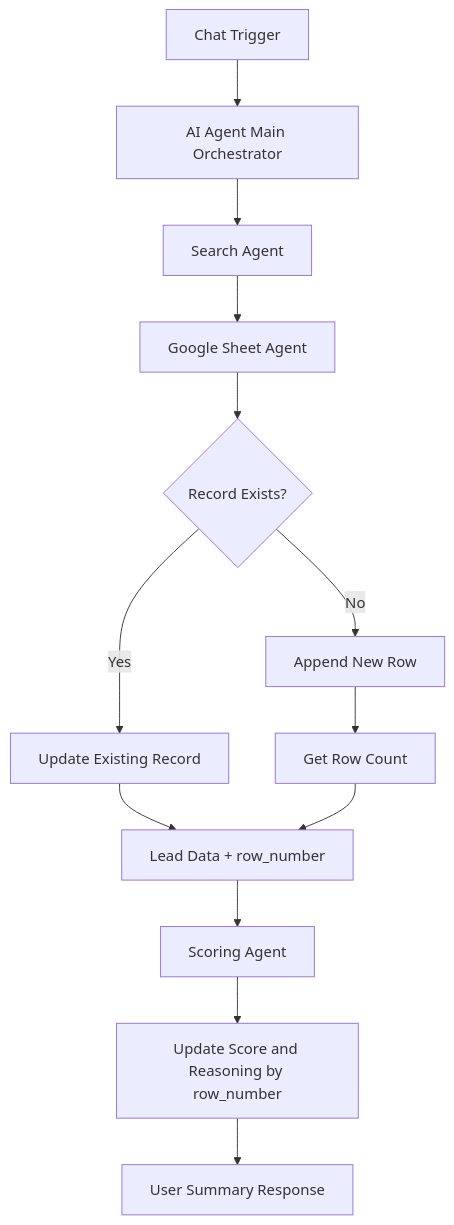
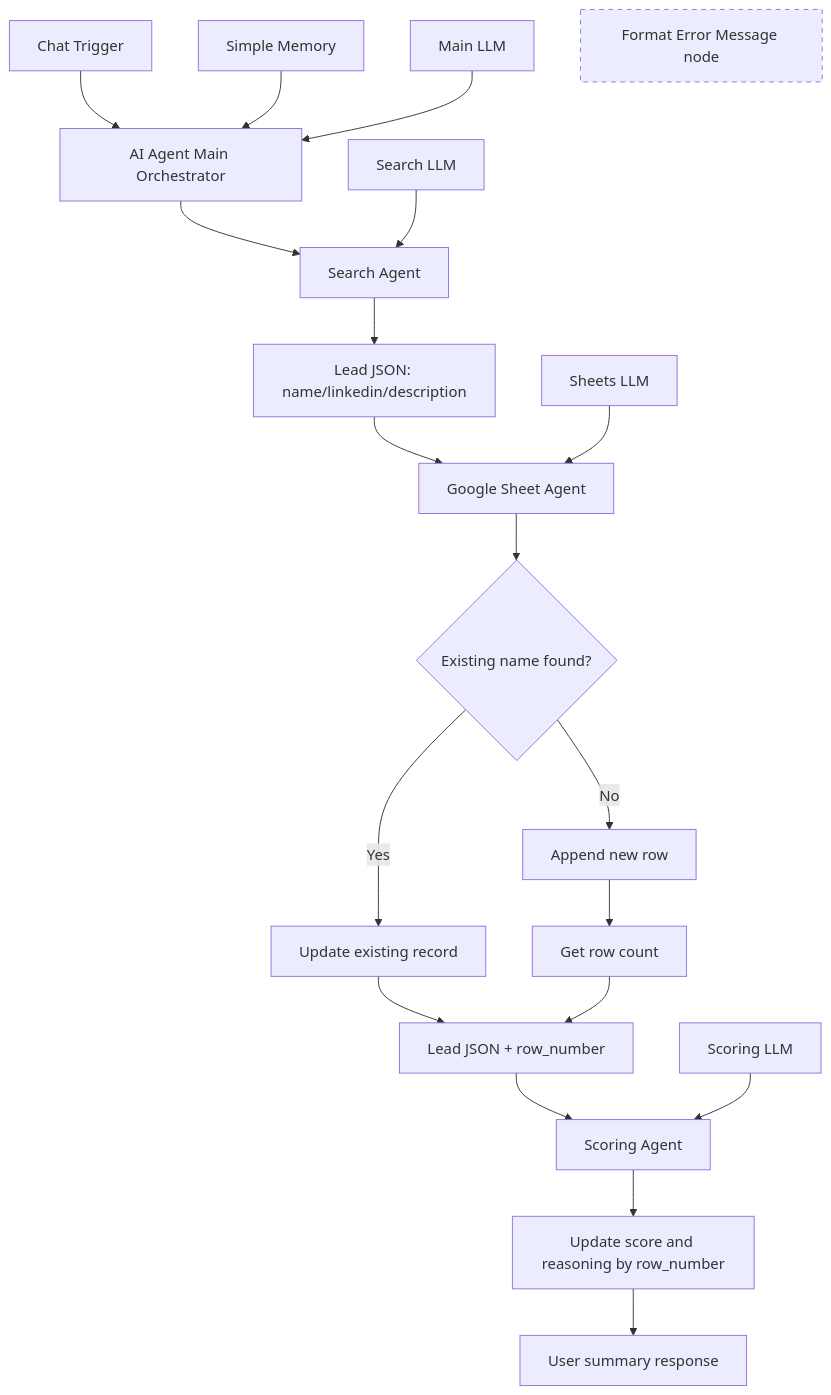
Before and after one commit to vaisakhsrinivas/n8n-workflows: the diagram in README.md, drawn with Mermaid. The commit also changed other lines of this file and 2 other files, not shown here.

````diff
--- a/README.md
+++ b/README.md
@@ -17,15 +17,28 @@
 ```mermaid
 flowchart TD
     A[Chat Trigger] --> B[AI Agent Main Orchestrator]
+    M[Simple Memory] --> B
+    L1[Main LLM] --> B
+
     B --> C[Search Agent]
-    C --> D[Google Sheet Agent]
-    D --> E{Record Exists?}
-    E -->|Yes| F[Update Existing Record]
-    E -->|No| G[Append New Row]
-    G --> H[Get Row Count]
-    F --> I[Lead Data + row_number]
-    H --> I
-    I --> J[Scoring Agent]
-    J --> K[Update Score and Reasoning by row_number]
-    K --> L[User Summary Response]
+    L2[Search LLM] --> C
+    C --> D[Lead JSON: name/linkedin/description]
+
+    D --> E[Google Sheet Agent]
+    L3[Sheets LLM] --> E
+    E --> F{Existing name found?}
+    F -->|Yes| G[Update existing record]
+    F -->|No| H[Append new row]
+    H --> I[Get row count]
+    G --> J[Lead JSON + row_number]
+    I --> J
+
+    J --> K[Scoring Agent]
+    L4[Scoring LLM] --> K
+    K --> N[Update score and reasoning by row_number]
+    N --> O[User summary response]
+
+    P[Format Error Message node]:::optional
+
+    classDef optional stroke-dasharray: 5 5
 ```
````
